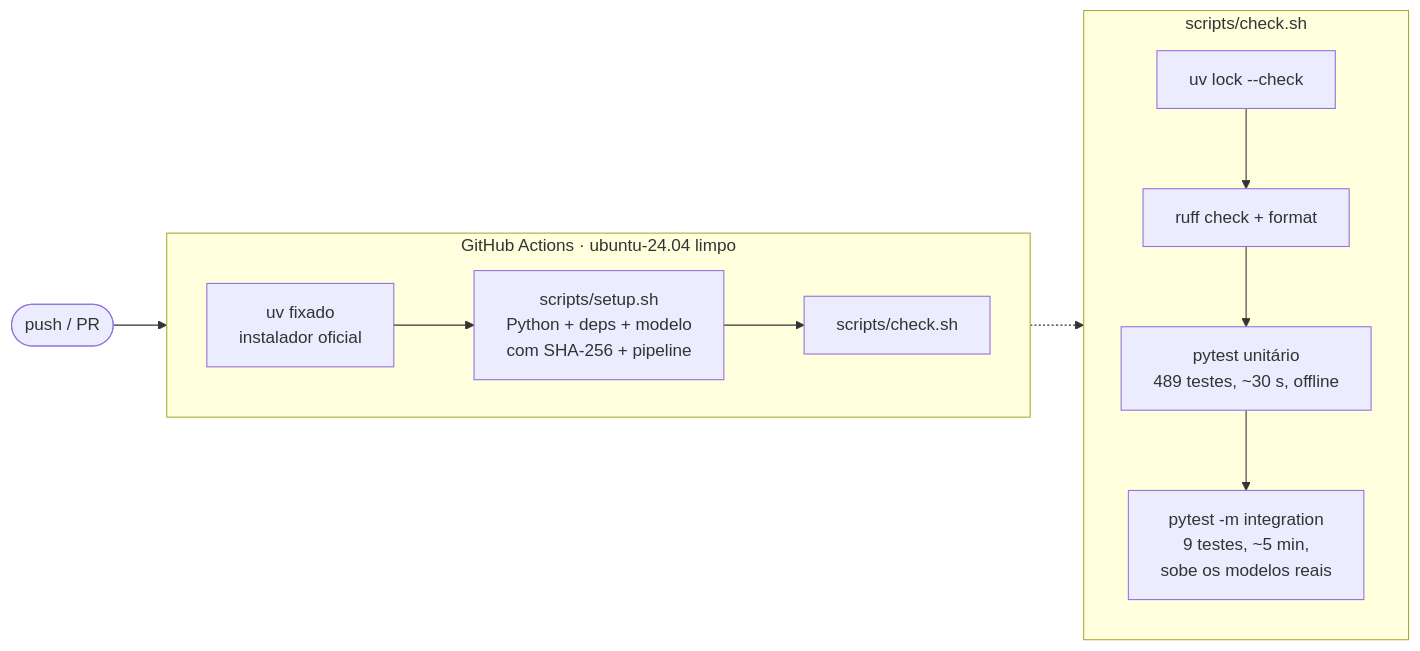
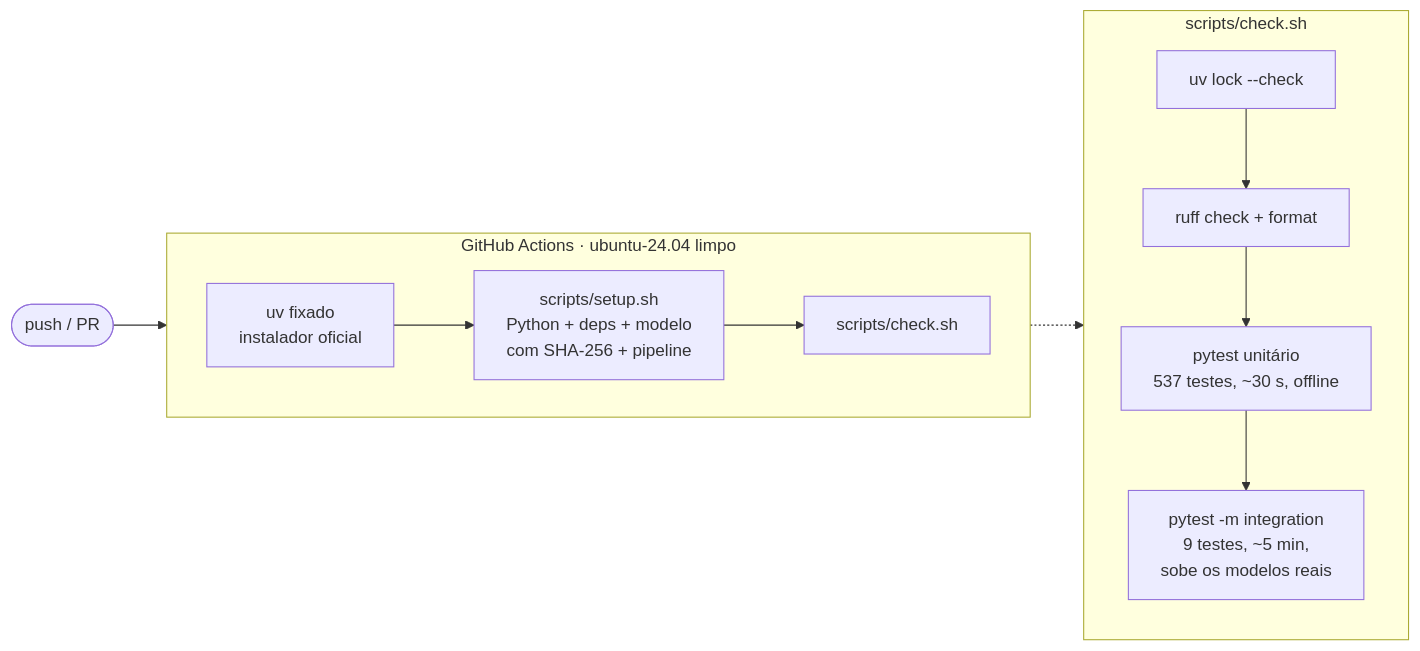
Before and after one commit to RonildoSilva/ai-engineer-challenge: the sixth of 19 diagrams in README.md, drawn with Mermaid. The commit also changed other lines of this file and 8 other files, not shown here.

````diff
--- a/README.md
+++ b/README.md
@@ -256,15 +256,15 @@
 ```mermaid
 flowchart LR
     P([push / PR]) --> CI
     subgraph CI[GitHub Actions · ubuntu-24.04 limpo]
         direction LR
         U[uv fixado<br/>instalador oficial] --> S[scripts/setup.sh<br/>Python + deps + modelo<br/>com SHA-256 + pipeline] --> K[scripts/check.sh]
     end
     subgraph K2[scripts/check.sh]
         direction TB
         L1[uv lock --check] --> L2[ruff check + format]
-        L2 --> L3[pytest unitário<br/>489 testes, ~30 s, offline]
+        L2 --> L3[pytest unitário<br/>537 testes, ~30 s, offline]
         L3 --> L4[pytest -m integration<br/>9 testes, ~5 min,<br/>sobe os modelos reais]
     end
     K -.-> K2
 ```
````
